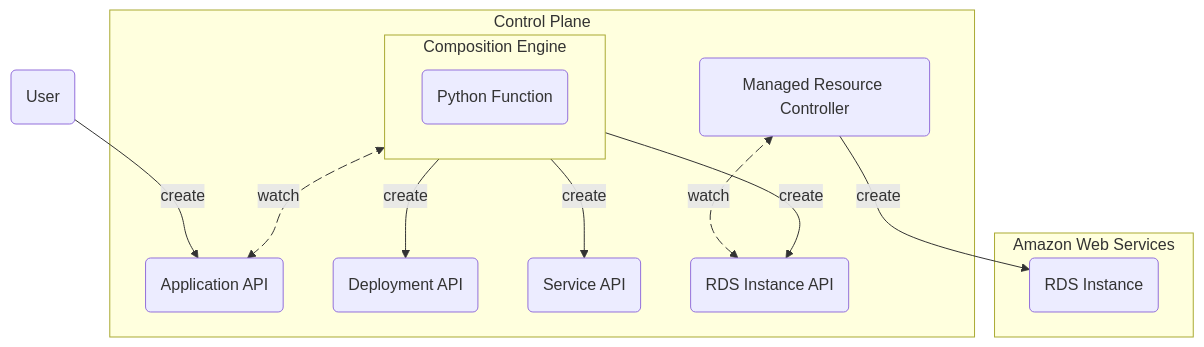
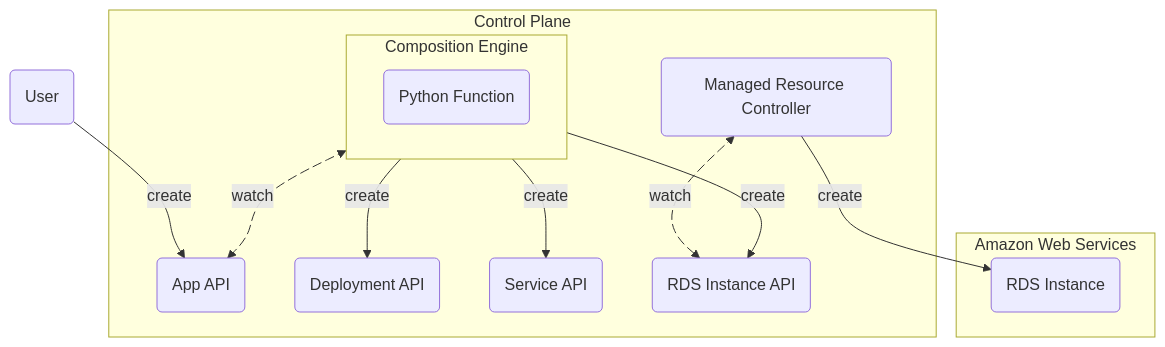
One commit to crossplane/docs changed the fourth of 4 diagrams in content/v2.0-preview/whats-crossplane/_index.md. Above: the diagram before and after it, drawn with Mermaid. The commit also changed other lines of this file, not shown here.

First line of the commit message:
Say 'App' not 'Application' on What's Crossplane page

````diff
--- a/content/v2.0-preview/whats-crossplane/_index.md
+++ b/content/v2.0-preview/whats-crossplane/_index.md
@@ -179,34 +179,34 @@
 ```mermaid
 flowchart TD
 user(User)
 
 subgraph control [Control Plane]
-  api(Application API)
+  api(App API)
 
   subgraph crossplane [Composition Engine]
     fn(Python Function)
   end
 
   deployment(Deployment API)
   service(Service API)
   instance(RDS Instance API)
 
   controller(Managed Resource Controller)
 end
 
 subgraph aws [Amazon Web Services]
   rds(RDS Instance)
 end
 
 user -- create --> api
 crossplane watch-apps@<-- watch --> api
 crossplane -- create --> deployment
 crossplane -- create --> service
 crossplane -- create --> instance
 
 controller watch-rds@<-- watch --> instance
 controller -- create --> rds
 
 watch-apps@{animate: true}
 watch-rds@{animate: true}
 ```
````
